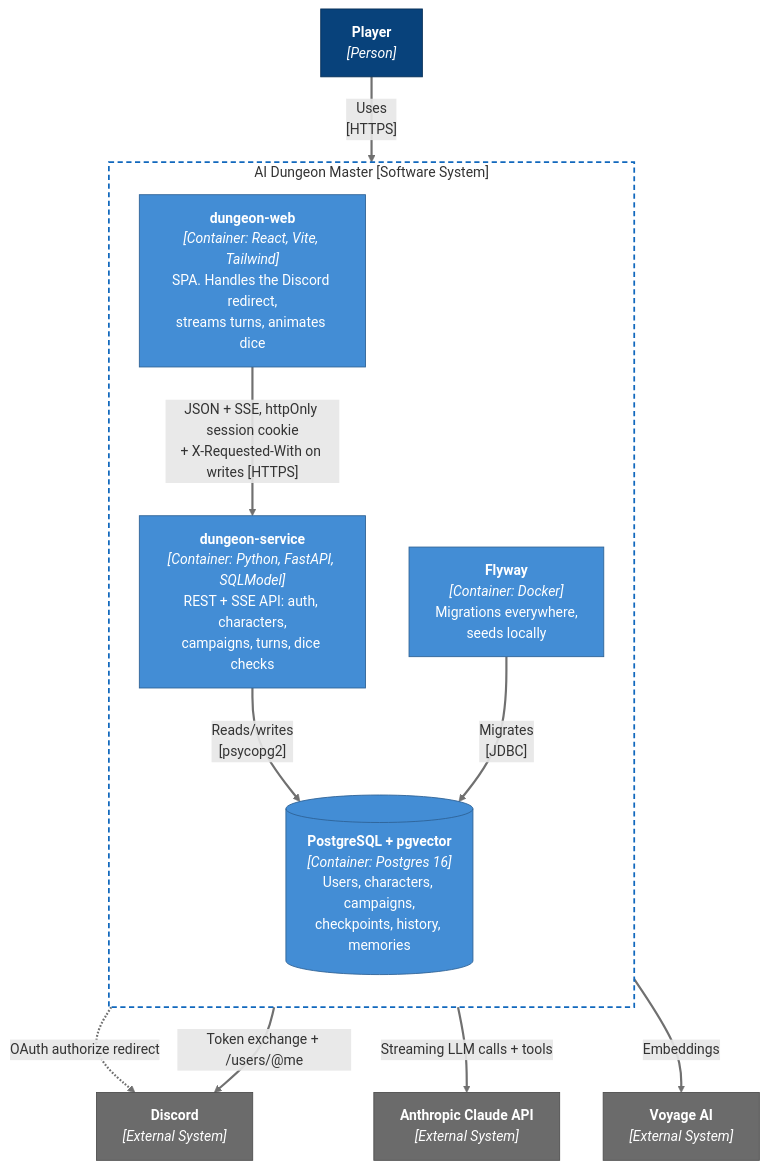
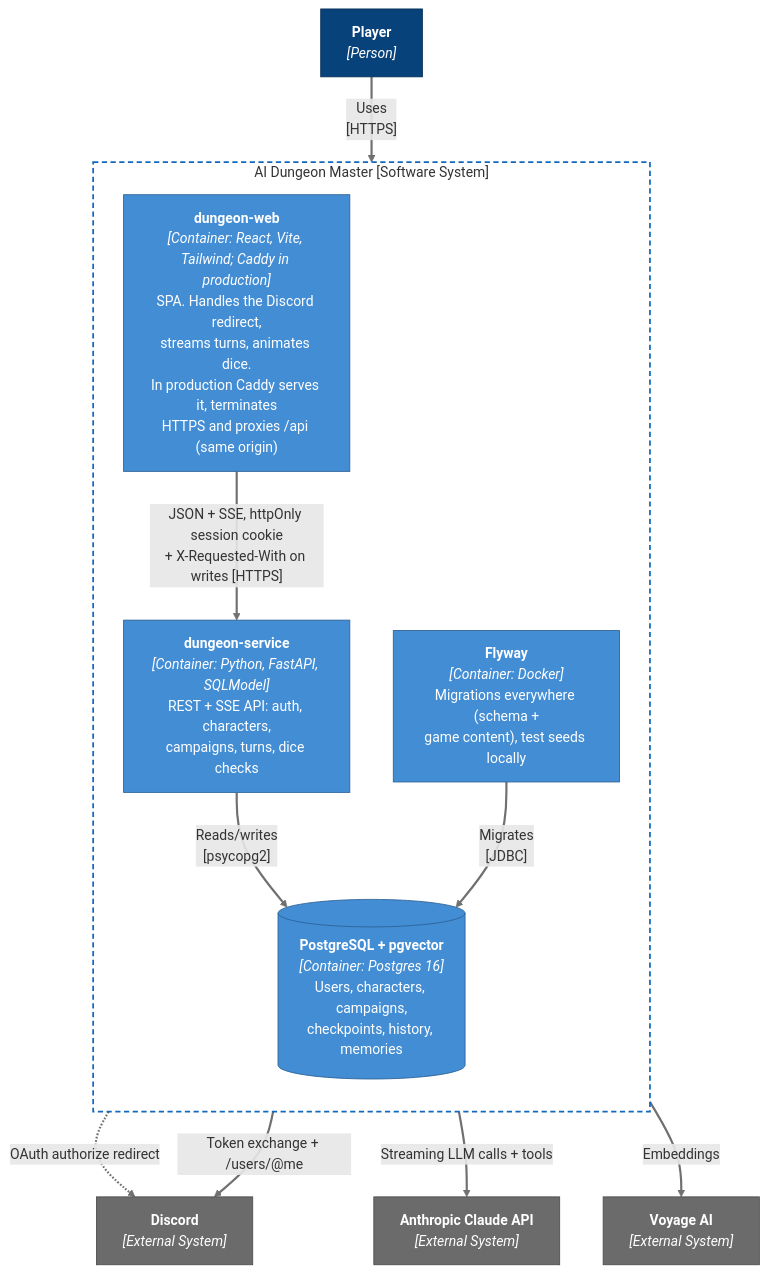
One commit to StephenMoring/dungeon-service changed the second of 6 diagrams in docs/architecture.md. Above: the diagram before and after it, drawn with Mermaid. The commit also changed 10 other files, not shown here.

````diff
--- a/docs/architecture.md
+++ b/docs/architecture.md
@@ -36,37 +36,37 @@
 ```mermaid
 flowchart TB
   player["<b>Player</b><br/><i>[Person]</i>"]
 
   subgraph sys["AI Dungeon Master [Software System]"]
     direction TB
-    web["<b>dungeon-web</b><br/><i>[Container: React, Vite, Tailwind]</i><br/>SPA. Handles the Discord redirect,<br/>streams turns, animates dice"]
+    web["<b>dungeon-web</b><br/><i>[Container: React, Vite, Tailwind; Caddy in production]</i><br/>SPA. Handles the Discord redirect,<br/>streams turns, animates dice.<br/>In production Caddy serves it, terminates<br/>HTTPS and proxies /api (same origin)"]
     api["<b>dungeon-service</b><br/><i>[Container: Python, FastAPI, SQLModel]</i><br/>REST + SSE API: auth, characters,<br/>campaigns, turns, dice checks"]
     db[("<b>PostgreSQL + pgvector</b><br/><i>[Container: Postgres 16]</i><br/>Users, characters, campaigns,<br/>checkpoints, history, memories")]
-    flyway["<b>Flyway</b><br/><i>[Container: Docker]</i><br/>Migrations everywhere,<br/>seeds locally"]
+    flyway["<b>Flyway</b><br/><i>[Container: Docker]</i><br/>Migrations everywhere (schema +<br/>game content), test seeds locally"]
   end
 
   discord["<b>Discord</b><br/><i>[External System]</i>"]
   anthropic["<b>Anthropic Claude API</b><br/><i>[External System]</i>"]
   voyage["<b>Voyage AI</b><br/><i>[External System]</i>"]
 
   player -- "Uses<br/>[HTTPS]" --> web
   web -. "OAuth authorize redirect" .-> discord
   web -- "JSON + SSE, httpOnly session cookie<br/>+ X-Requested-With on writes [HTTPS]" --> api
   api -- "Reads/writes<br/>[psycopg2]" --> db
   flyway -- "Migrates<br/>[JDBC]" --> db
   api -- "Token exchange + /users/@me" --> discord
   api -- "Streaming LLM calls + tools" --> anthropic
   api -- "Embeddings" --> voyage
 
   classDef person fill:#08427b,stroke:#052e56,color:#fff
   classDef system fill:#1168bd,stroke:#0b4884,color:#fff
   classDef container fill:#438dd5,stroke:#2e6295,color:#fff
   classDef component fill:#85bbf0,stroke:#5d82a8,color:#0b2340
   classDef external fill:#6b6b6b,stroke:#4d4d4d,color:#fff
   linkStyle default stroke:#707070,stroke-width:2.5px
   class player person
   class web,api,flyway container
   class db container
   class discord,anthropic,voyage external
   style sys fill:none,stroke:#1168bd,stroke-width:2px,stroke-dasharray:6 4
 ```
````
